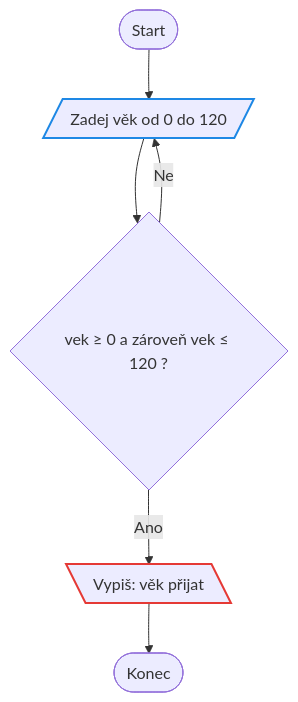
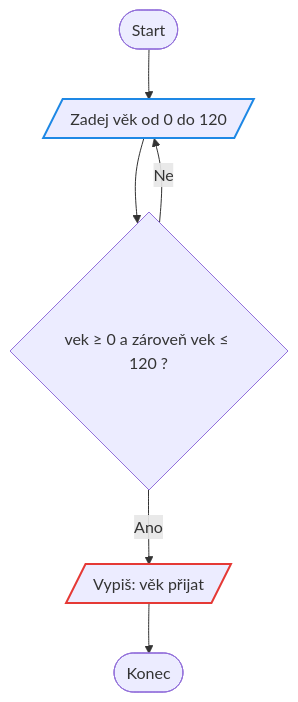
Before and after one commit to zeman-delta/Prvaci2026: diagram 14 of 15 in 3Hodina/reseni.md, drawn with Mermaid. The commit also changed other lines of this file and 1 other file, not shown here.

````diff
--- a/3Hodina/reseni.md
+++ b/3Hodina/reseni.md
@@ -342,13 +342,13 @@
 ```mermaid
 flowchart TD
     S([Start]) --> V[/"Zadej věk od 0 do 120"/]
     V --> D{"vek ≥ 0 a zároveň vek ≤ 120 ?"}
     D -->|Ne| V
-    D -->|Ano| O[\"Vypiš: věk přijat"\]
+    D -->|Ano| O[/"Vypiš: věk přijat"/]
     O --> K([Konec])
 
     classDef vstup stroke:#1e88e5,stroke-width:2px
     classDef vystup stroke:#e53935,stroke-width:2px
     class V vstup
     class O vystup
 ```
````
